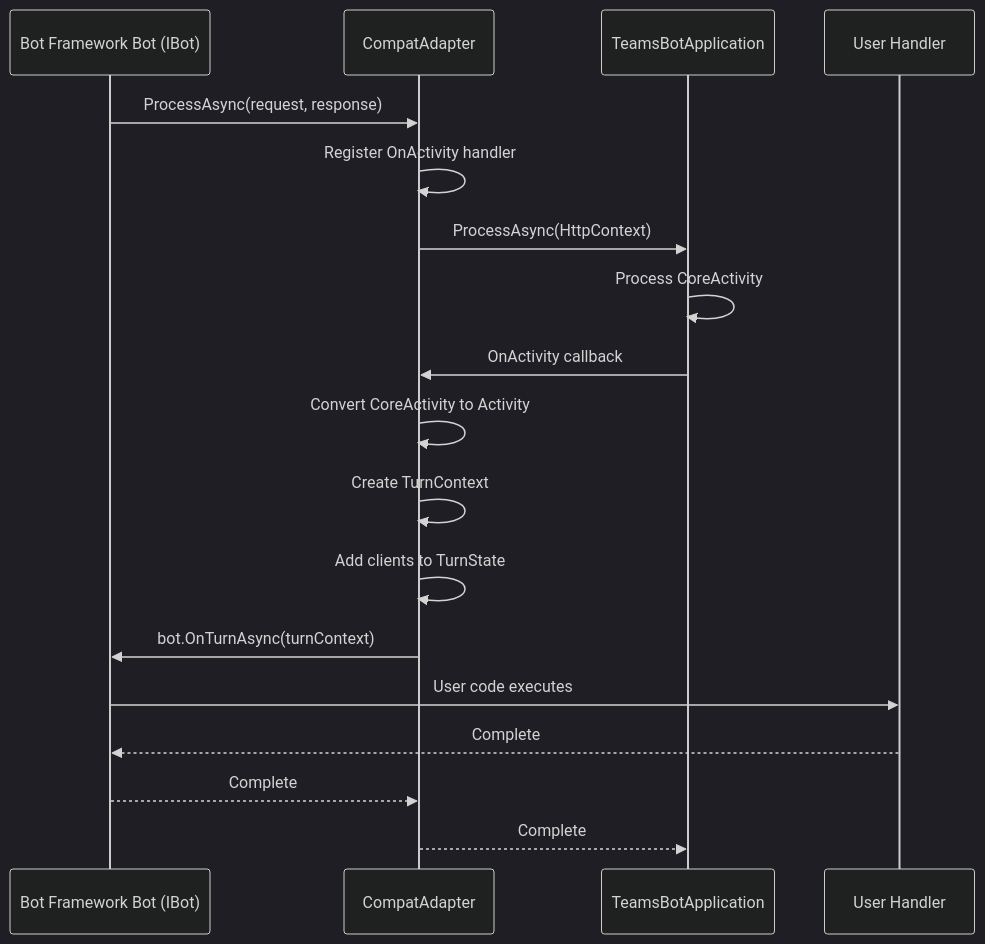
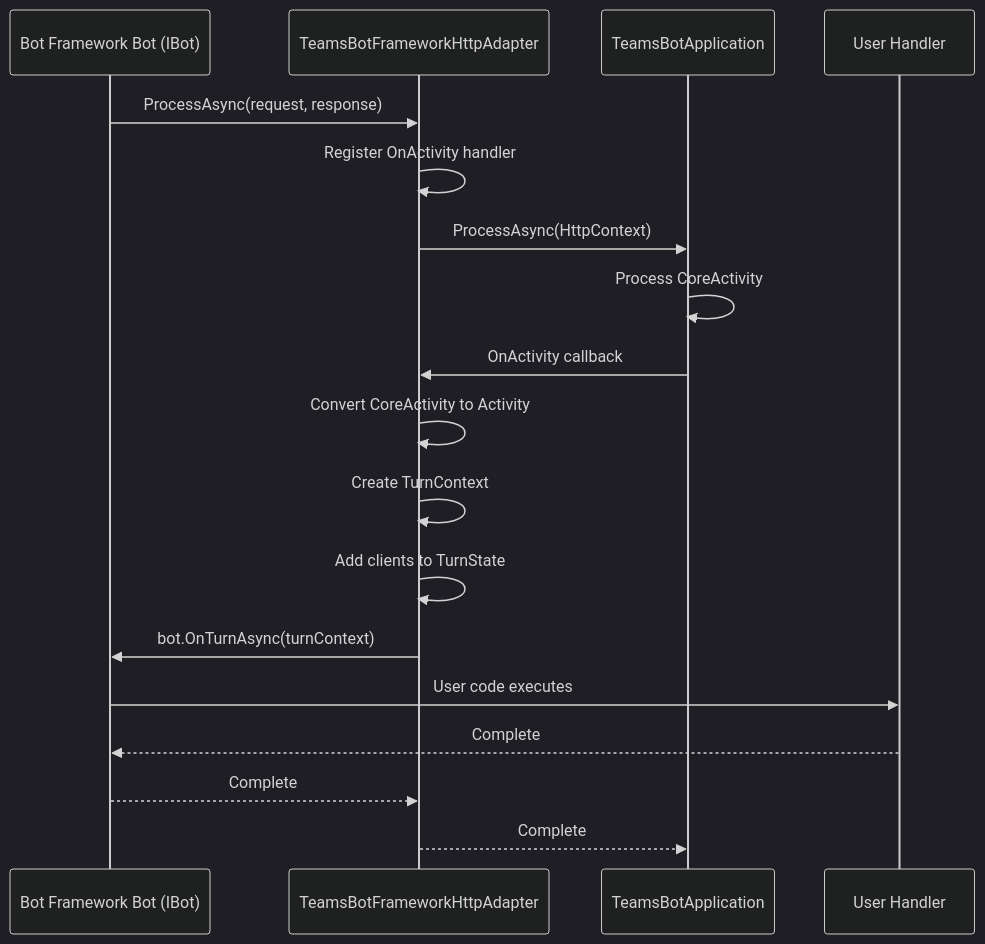
One commit to microsoft/teams.net changed diagram 11 of 19 in core/docs/Architecture.md. Above: the diagram before and after it, drawn with Mermaid (dark theme). The commit also changed other lines of this file and 13 other files, not shown here.

````diff
--- a/core/docs/Architecture.md
+++ b/core/docs/Architecture.md
@@ -514,21 +514,21 @@
 ```mermaid
 sequenceDiagram
     participant BF as Bot Framework Bot (IBot)
-    participant Adapter as CompatAdapter
+    participant Adapter as TeamsBotFrameworkHttpAdapter
     participant Core as TeamsBotApplication
     participant Handler as User Handler
 
     BF->>Adapter: ProcessAsync(request, response)
     Adapter->>Adapter: Register OnActivity handler
     Adapter->>Core: ProcessAsync(HttpContext)
     Core->>Core: Process CoreActivity
     Core->>Adapter: OnActivity callback
     Adapter->>Adapter: Convert CoreActivity to Activity
     Adapter->>Adapter: Create TurnContext
     Adapter->>Adapter: Add clients to TurnState
     Adapter->>BF: bot.OnTurnAsync(turnContext)
     BF->>Handler: User code executes
     Handler-->>BF: Complete
     BF-->>Adapter: Complete
     Adapter-->>Core: Complete
 ```
````
